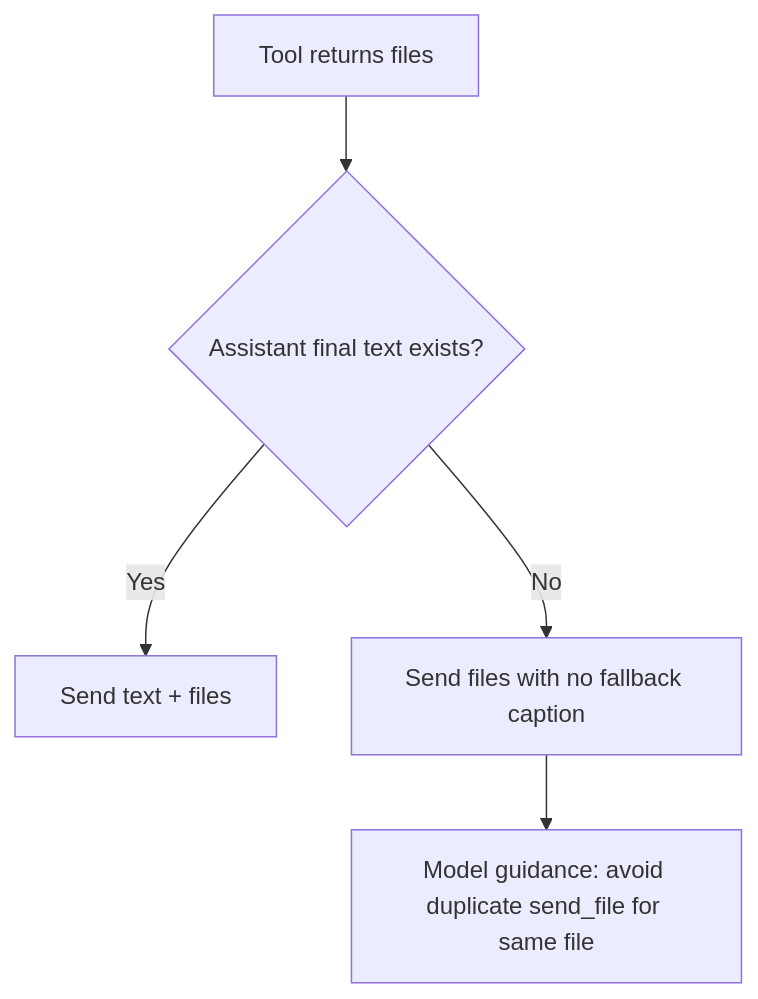
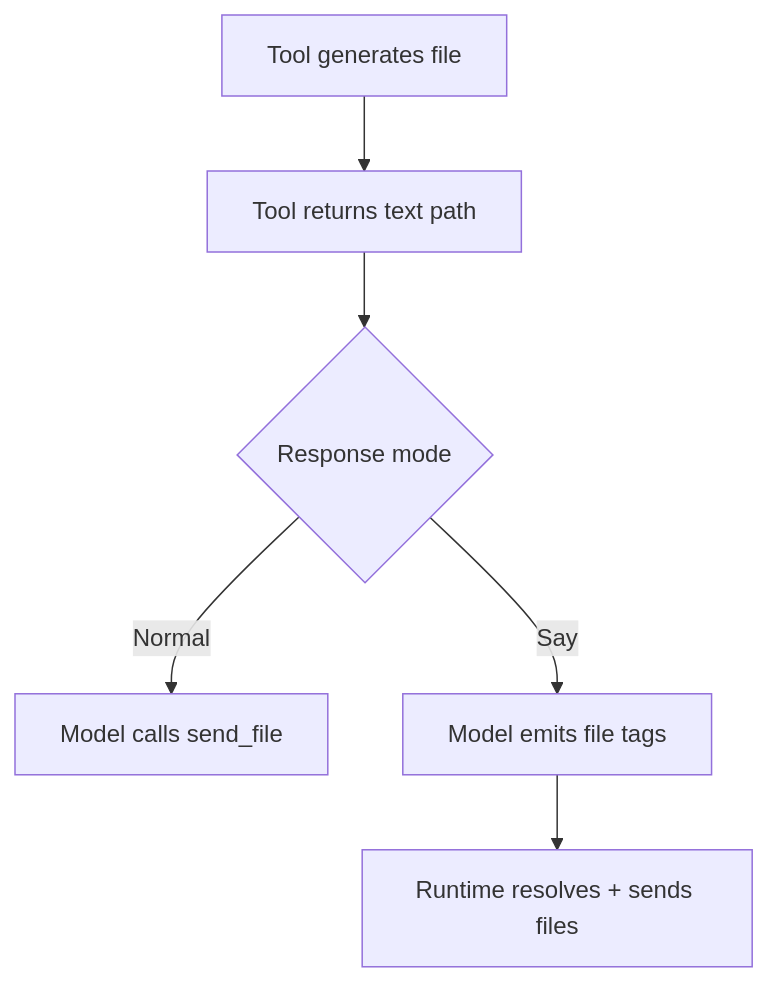
The diagram in doc/internals/image-generated-file-dedup.md (ex3ndr/daycare), drawn with Mermaid before and after one commit. The commit also changed other lines of this file and 75 other files, not shown here.

Commit message:
feat(files): unify file delivery and say-mode attachments

````diff
--- a/doc/internals/image-generated-file-dedup.md
+++ b/doc/internals/image-generated-file-dedup.md
@@ -16,7 +15,8 @@
 ```mermaid
 flowchart TD
-  A[Tool returns files] --> B{Assistant final text exists?}
-  B -->|Yes| C[Send text + files]
-  B -->|No| D[Send files with no fallback caption]
-  D --> E[Model guidance: avoid duplicate send_file for same file]
+  A[Tool generates file] --> B[Tool returns text path]
+  B --> C{Response mode}
+  C -->|Normal| D[Model calls send_file]
+  C -->|Say| E[Model emits file tags]
+  E --> F[Runtime resolves + sends files]
 ```
````
